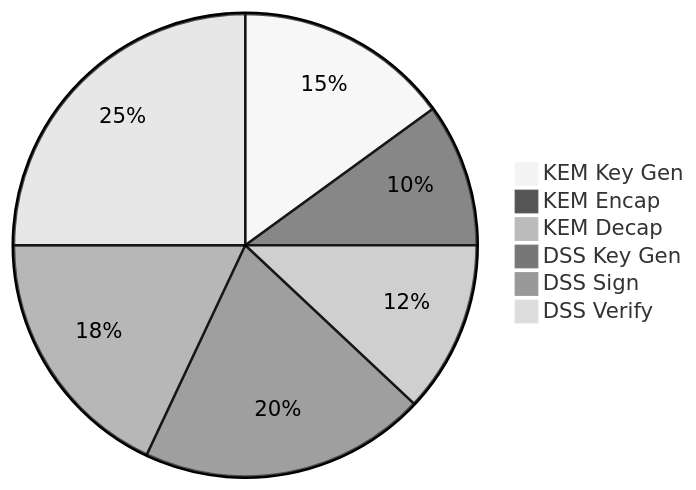
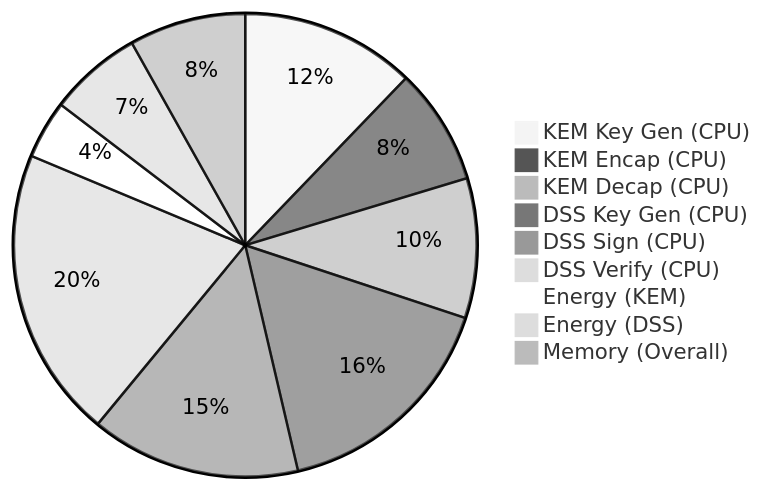
One commit to diplomat-bit/Citibank_Demo_Business_Inc_Demonstration- changed the fourth of 10 diagrams in inventions/013_post_quantum_cryptography_generation/api_schema_and_endpoints.md. Above: the diagram before and after it, drawn with Mermaid (neutral theme). The commit also changed other lines of this file, not shown here.

Commit message:
[AI] Edit: inventions/013_post_quantum_cryptography_generation/api_schema_and_endpoints.md

````diff
--- a/inventions/013_post_quantum_cryptography_generation/api_schema_and_endpoints.md
+++ b/inventions/013_post_quantum_cryptography_generation/api_schema_and_endpoints.md
@@ -841,9 +1606,12 @@
 ```mermaid
 pie
-    "KEM Key Gen" : 15
-    "KEM Encap" : 10
-    "KEM Decap" : 12
-    "DSS Key Gen" : 20
-    "DSS Sign" : 18
-    "DSS Verify" : 25
+    "KEM Key Gen (CPU)" : 15
+    "KEM Encap (CPU)" : 10
+    "KEM Decap (CPU)" : 12
+    "DSS Key Gen (CPU)" : 20
+    "DSS Sign (CPU)" : 18
+    "DSS Verify (CPU)" : 25
+    "Energy (KEM)" : 5
+    "Energy (DSS)" : 8
+    "Memory (Overall)" : 10
 ```
````
